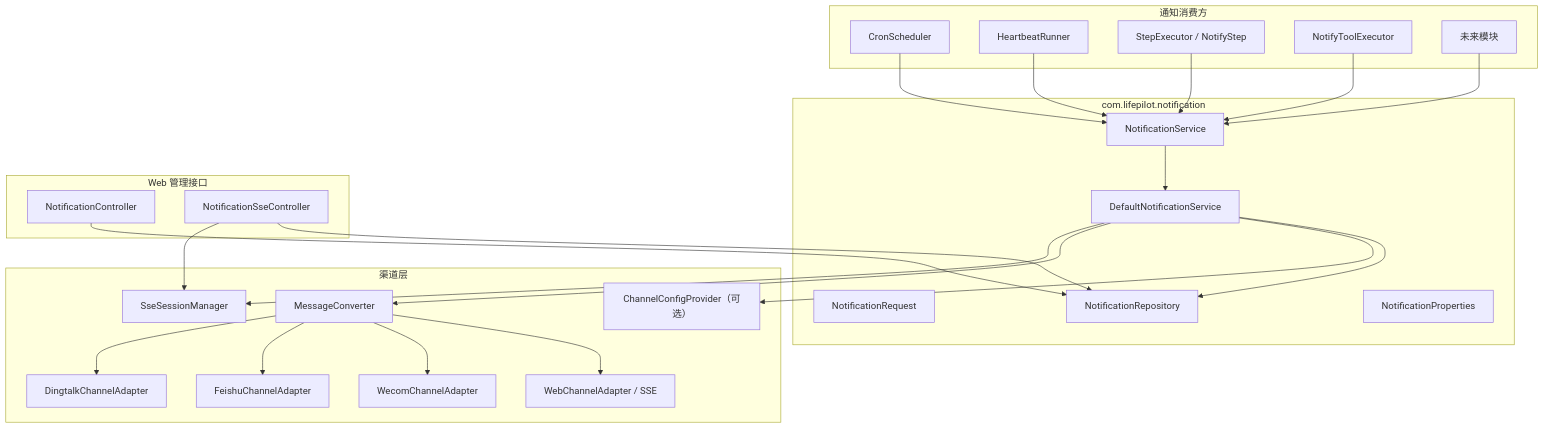
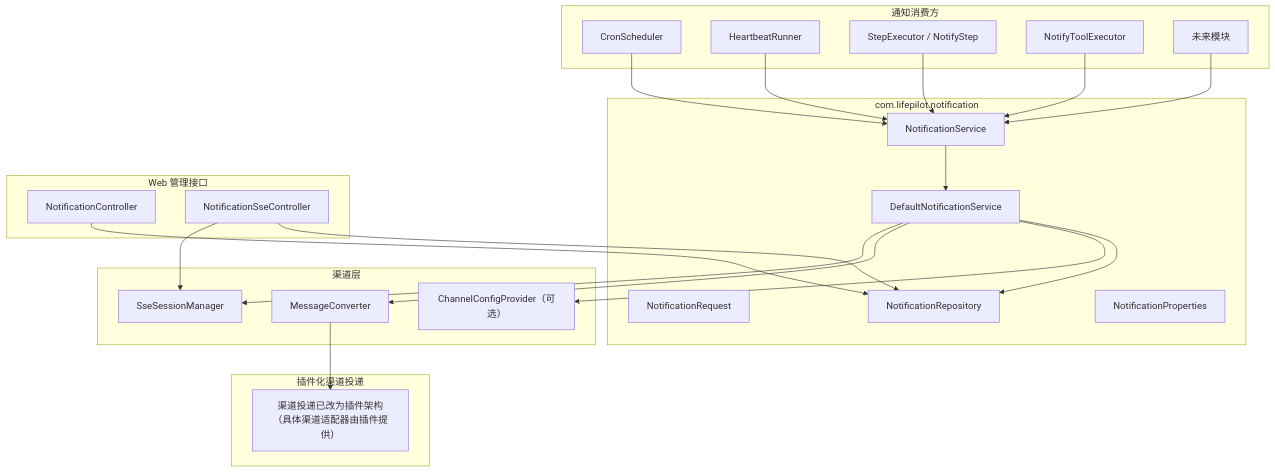
One commit to ntygod/LifePilot changed the first of 2 diagrams in docs/architecture/notification.md. Above: the diagram before and after it, drawn with Mermaid. The commit also changed other lines of this file and 46 other files, not shown here.

````diff
--- a/docs/architecture/notification.md
+++ b/docs/architecture/notification.md
@@ -23,52 +23,49 @@
 ```mermaid
 graph TB
     subgraph "通知消费方"
         CRON["CronScheduler"]
         HEARTBEAT["HeartbeatRunner"]
         WF["StepExecutor / NotifyStep"]
         META["NotifyToolExecutor"]
         FUTURE["未来模块"]
     end
 
     subgraph "com.lifepilot.notification"
         NS["NotificationService"]
         IMPL["DefaultNotificationService"]
         NR["NotificationRequest"]
         REPO["NotificationRepository"]
         PROPS["NotificationProperties"]
     end
 
     subgraph "渠道层"
         CFG["ChannelConfigProvider（可选）"]
         MC["MessageConverter"]
-        WEB["WebChannelAdapter / SSE"]
-        WECOM["WecomChannelAdapter"]
-        FEISHU["FeishuChannelAdapter"]
-        DT["DingtalkChannelAdapter"]
         SSE["SseSessionManager"]
+    end
+
+    subgraph "插件化渠道投递"
+        PLUGIN_NOTE["渠道投递已改为插件架构<br/>（具体渠道适配器由插件提供）"]
     end
 
     subgraph "Web 管理接口"
         NC["NotificationController"]
         NSC["NotificationSseController"]
     end
 
     CRON --> NS
     HEARTBEAT --> NS
     WF --> NS
     META --> NS
     FUTURE --> NS
 
     NS --> IMPL
     IMPL --> REPO
     IMPL --> CFG
     IMPL --> MC
-    MC --> WEB
-    MC --> WECOM
-    MC --> FEISHU
-    MC --> DT
+    MC --> PLUGIN_NOTE
     IMPL --> SSE
     NC --> REPO
     NSC --> REPO
     NSC --> SSE
 ```
````
